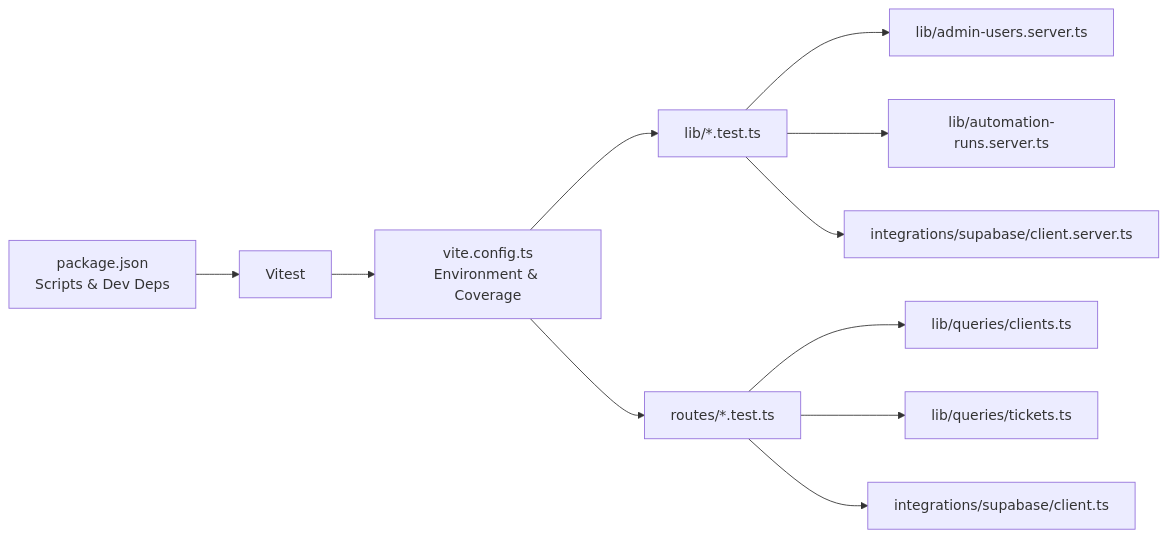
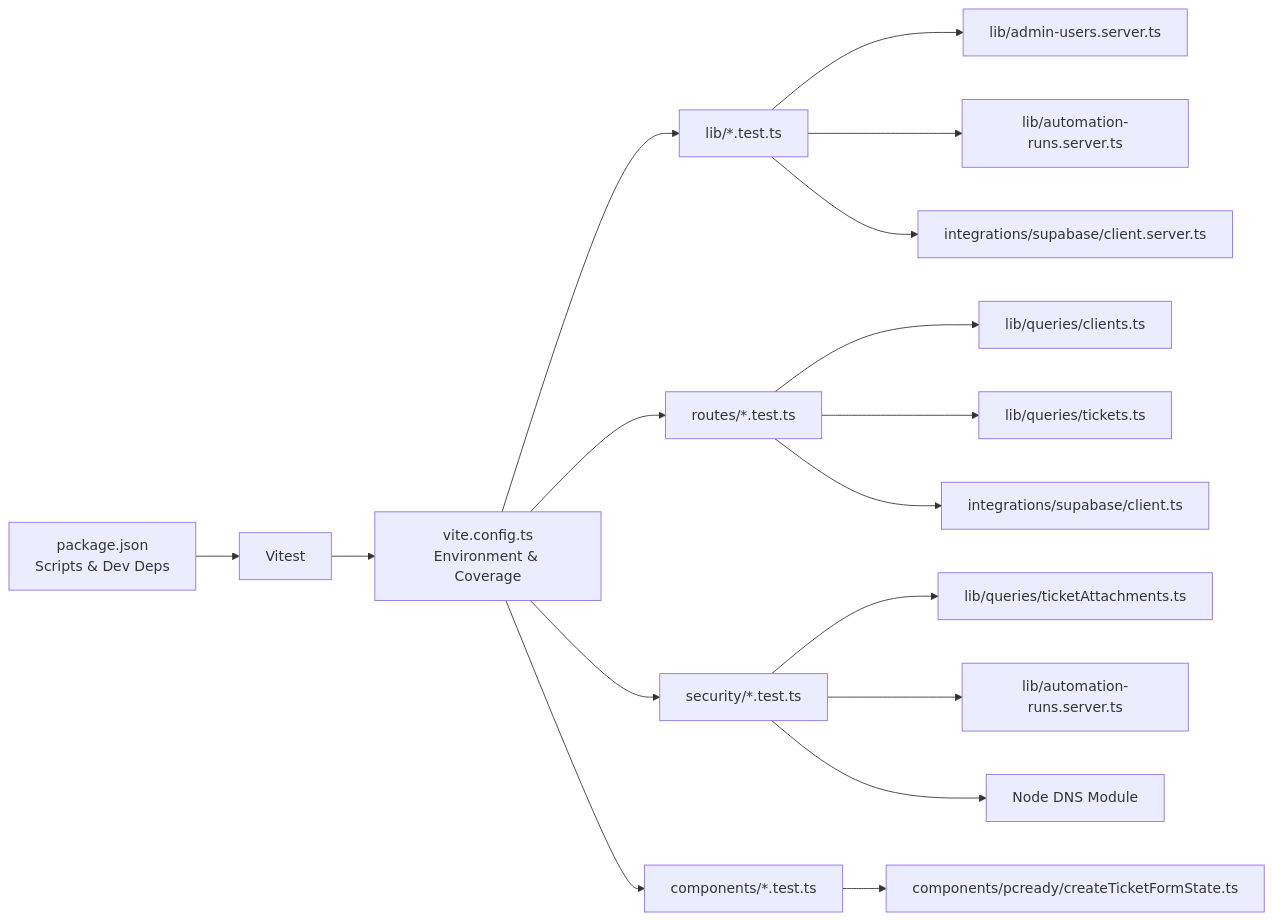
Diagram 11 of 11 in .qoder/repowiki/en/content/Testing Strategy.md (gastaldellomarco/pcReady), drawn with Mermaid before and after one commit. The commit also changed other lines of this file and 15 other files, not shown here.

````diff
--- a/.qoder/repowiki/en/content/Testing Strategy.md
+++ b/.qoder/repowiki/en/content/Testing Strategy.md
@@ -272,13 +496,19 @@
 ```mermaid
 graph LR
 Pkg["package.json<br/>Scripts & Dev Deps"] --> Vitest["Vitest"]
 Vitest --> Cfg["vite.config.ts<br/>Environment & Coverage"]
 Cfg --> LibTests["lib/*.test.ts"]
 Cfg --> RouteTests["routes/*.test.ts"]
+Cfg --> SecTests["security/*.test.ts"]
+Cfg --> CompTests["components/*.test.ts"]
 LibTests --> AdminUsers["lib/admin-users.server.ts"]
 LibTests --> AutoRuns["lib/automation-runs.server.ts"]
 RouteTests --> Clients["lib/queries/clients.ts"]
 RouteTests --> Tickets["lib/queries/tickets.ts"]
+SecTests --> TicketAttach["lib/queries/ticketAttachments.ts"]
+SecTests --> WebhookSSRF["lib/automation-runs.server.ts"]
+CompTests --> FormState["components/pcready/createTicketFormState.ts"]
 LibTests --> SupaAdmin["integrations/supabase/client.server.ts"]
 RouteTests --> SupaClient["integrations/supabase/client.ts"]
+SecTests --> DNSMock["Node DNS Module"]
 ```
````
